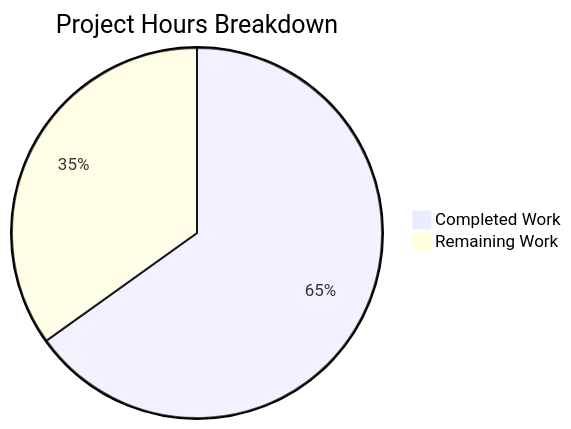
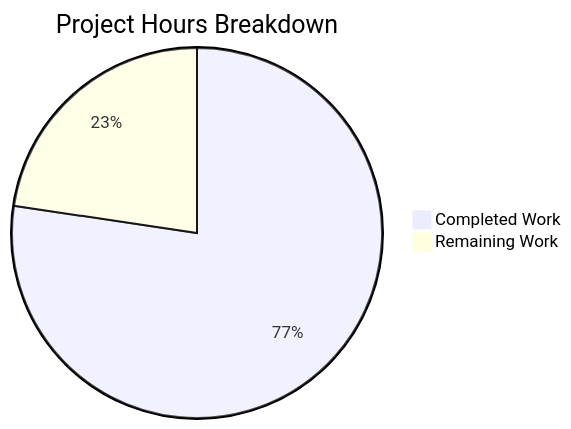
The second of 3 diagrams in blitzy/documentation/Project Guide.md (Blitzy-Sandbox/blitzy-SplendidCRM), drawn with Mermaid before and after one commit. The commit also changed other lines of this file, not shown here.

Commit message:
Adding Blitzy Project Guide: Project Status and Human Tasks Remaining

````diff
--- a/blitzy/documentation/Project Guide.md
+++ b/blitzy/documentation/Project Guide.md
@@ -96,5 +231,5 @@
 ```mermaid
 pie title Project Hours Breakdown
     "Completed Work" : 280
-    "Remaining Work" : 150
+    "Remaining Work" : 82
 ```
````
